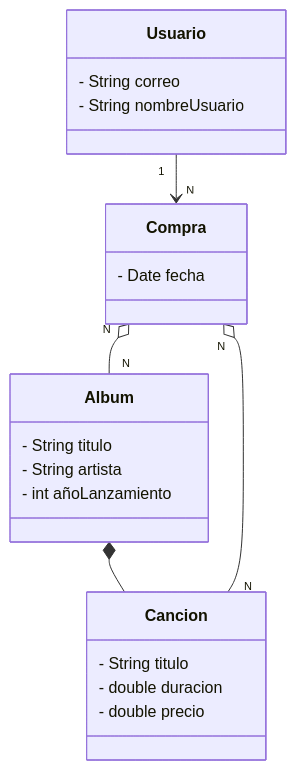
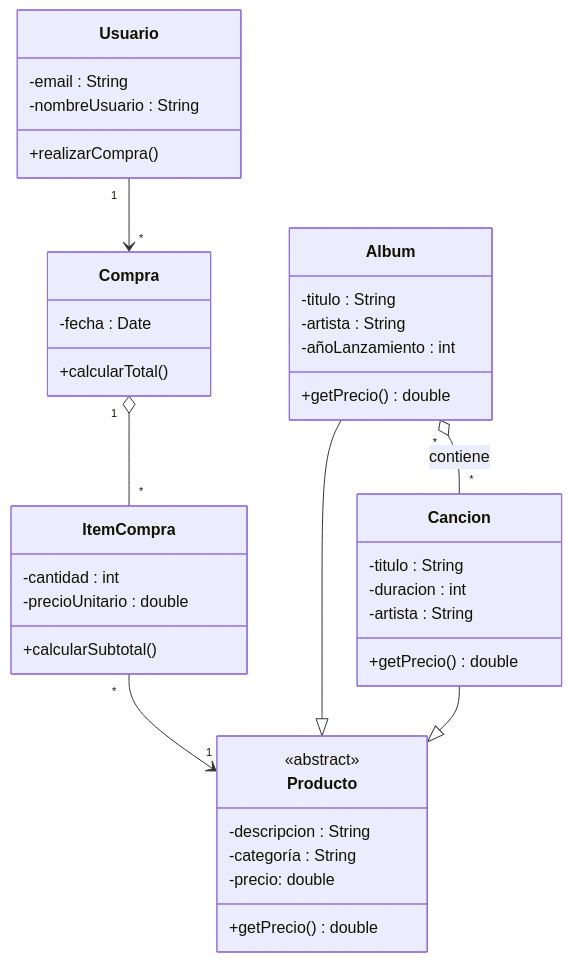
One commit to danielmartinan/entornos_desarrollo_2024-25 changed diagram 30 of 32 in UD4 - Introducción a POO, diagramas UML y diagramas de clases/ud04_2_notacion_uml_diagramas_clases.md. Above: the diagram before and after it, drawn with Mermaid. The commit also changed other lines of this file, not shown here.

Commit message:
Actualizado diagrama de ejemplo del apartado 20

````diff
--- a/UD4 - Introducción a POO, diagramas UML y diagramas de clases/ud04_2_notacion_uml_diagramas_clases.md
+++ b/UD4 - Introducción a POO, diagramas UML y diagramas de clases/ud04_2_notacion_uml_diagramas_clases.md
@@ -1075,28 +1075,48 @@
 ```mermaid
-    classDiagram  
-        class Album {  
-            - String titulo  
-            - String artista  
-            - int añoLanzamiento  
+    classDiagram
+        class Usuario {
+            -email : String
+            -nombreUsuario : String
+            +realizarCompra()
+        }
+        
+        class Compra {
+            -fecha : Date
+            +calcularTotal()
+        }
+        
+        class ItemCompra {
+            -cantidad : int
+            -precioUnitario : double
+            +calcularSubtotal()
         }
 
-        class Cancion {  
-            - String titulo  
-            - double duracion  
-            - double precio  
+        class Album {
+            -titulo : String
+            -artista : String
+            -añoLanzamiento : int
+            +getPrecio() double
+        }
+        
+        class Cancion {
+            -titulo : String
+            -duracion : int
+            -artista : String
+            +getPrecio() double
         }
 
-        class Usuario {  
-            - String correo  
-            - String nombreUsuario  
-    }
-
-        class Compra {  
-            - Date fecha  
+        class Producto {
+            <<abstract>>
+            -descripcion : String
+            -categoría : String
+            -precio: double
+            +getPrecio() double
         }
 
-        Album *-- Cancion  
-        Usuario "1" --> "N" Compra  
-        Compra "N" o-- "N" Cancion  
-        Compra "N" o-- "N" Album
+        Usuario "1" --> "*" Compra
+        Compra "1" o-- "*" ItemCompra
+        ItemCompra "*" --> "1" Producto
+        Album --|> Producto
+        Cancion --|> Producto
+        Album "*" o-- "*" Cancion : contiene
 ```
````
